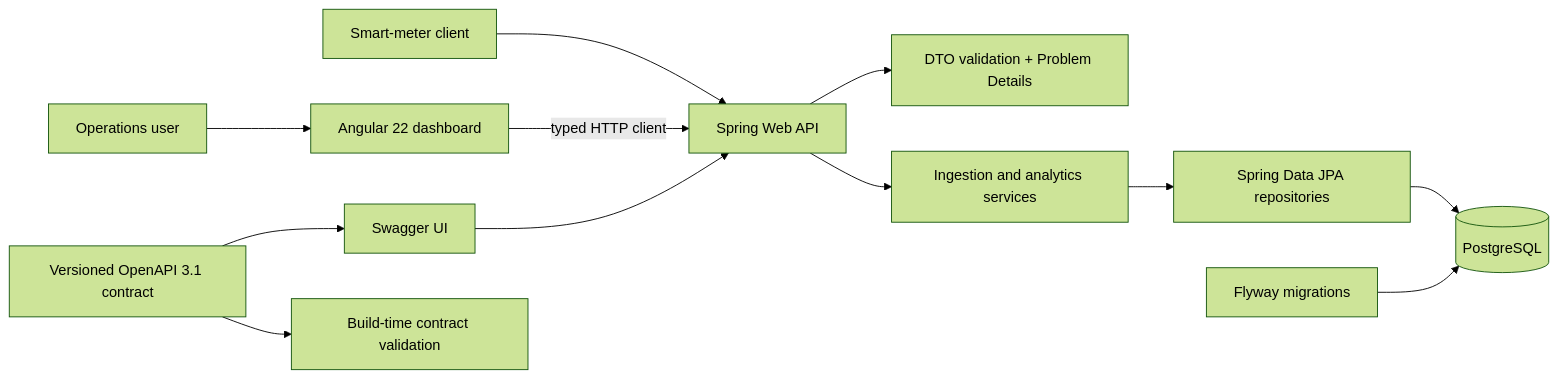
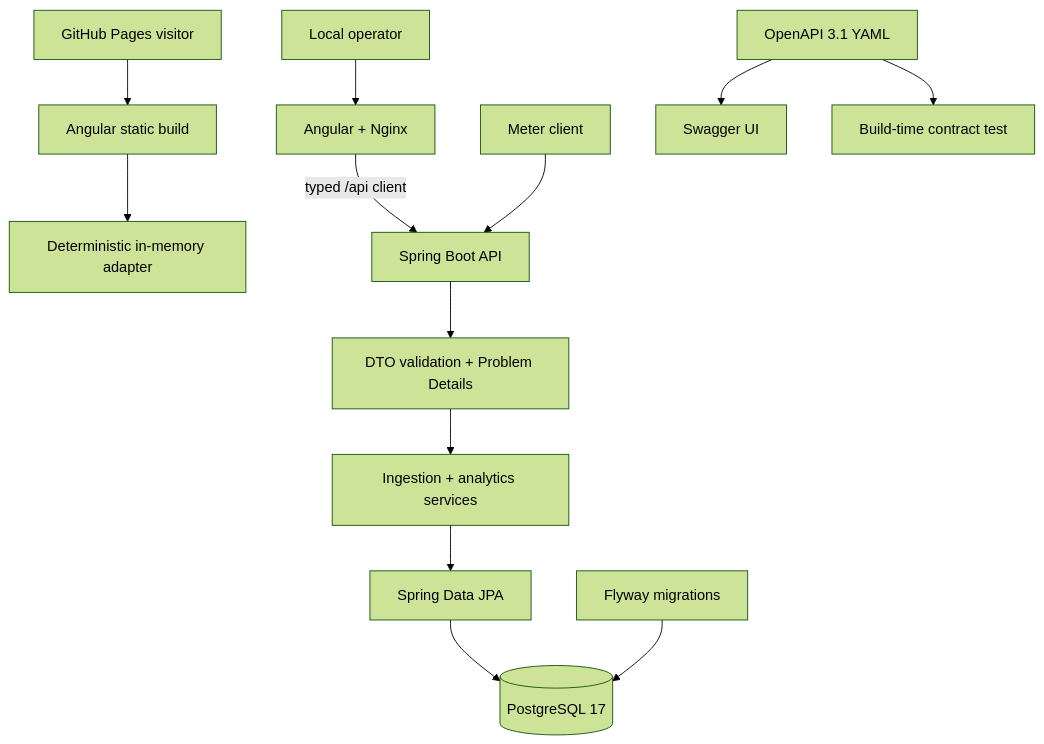
The diagram in README.md (General-Iroh32/smart-grid-energy-api), drawn with Mermaid (forest theme) before and after one commit. The commit also changed other lines of this file and 2 other files, not shown here.

Commit message:
docs: update smart grid architecture and dashboard documentation

````diff
--- a/README.md
+++ b/README.md
@@ -37,14 +48,16 @@
 ```mermaid
-flowchart LR
-    Operator[Operations user] --> UI[Angular 22 dashboard]
-    Meter[Smart-meter client] --> API
-    UI -->|typed HTTP client| API[Spring Web API]
+flowchart TB
+    Visitor[GitHub Pages visitor] --> Static[Angular static build]
+    Static --> Demo[Deterministic in-memory adapter]
+
+    Operator[Local operator] --> UI[Angular + Nginx]
+    UI -->|typed /api client| API[Spring Boot API]
+    Meter[Meter client] --> API
     API --> Validation[DTO validation + Problem Details]
-    API --> Services[Ingestion and analytics services]
-    Services --> Repositories[Spring Data JPA repositories]
-    Repositories --> DB[(PostgreSQL)]
+    Validation --> Services[Ingestion + analytics services]
+    Services --> Repositories[Spring Data JPA]
+    Repositories --> DB[(PostgreSQL 17)]
     Flyway[Flyway migrations] --> DB
-    Contract[Versioned OpenAPI 3.1 contract] --> Docs[Swagger UI]
-    Contract --> Tests[Build-time contract validation]
-    Docs --> API
+    Contract[OpenAPI 3.1 YAML] --> Swagger[Swagger UI]
+    Contract --> ContractTest[Build-time contract test]
 ```
````
